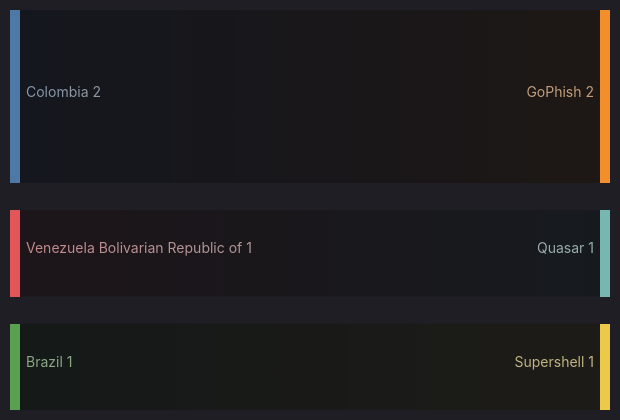
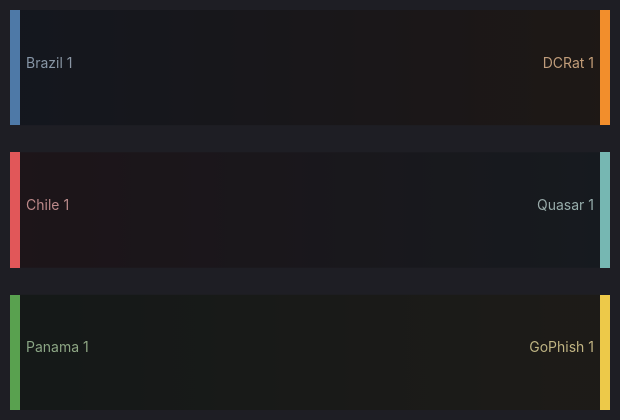
Before and after one commit to ZoqueLabs/website: the seventh of 8 diagrams in zolim.md, drawn with Mermaid. The commit also changed other lines of this file, not shown here.

````diff
--- a/zolim.md
+++ b/zolim.md
@@ -221,11 +221,11 @@
 ```mermaid
 ---
 config:
   theme: dark
 ---
 %% Δ Country → Threat (new edges)
 sankey-beta
-  Colombia,GoPhish,2
-  Venezuela  Bolivarian Republic of,Quasar,1
-  Brazil,Supershell,1
+  Brazil,DCRat,1
+  Chile,Quasar,1
+  Panama,GoPhish,1
 ```
````
